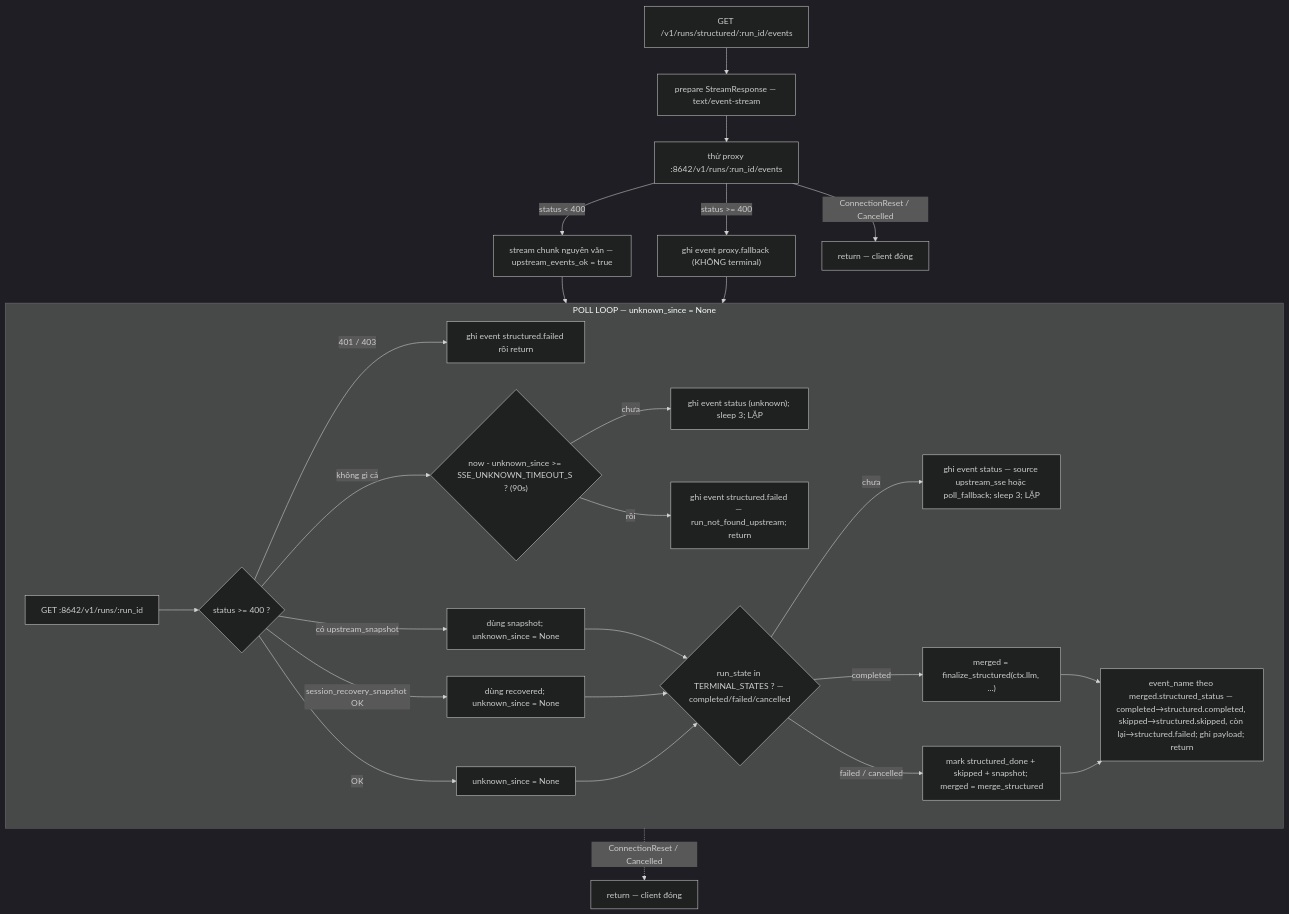
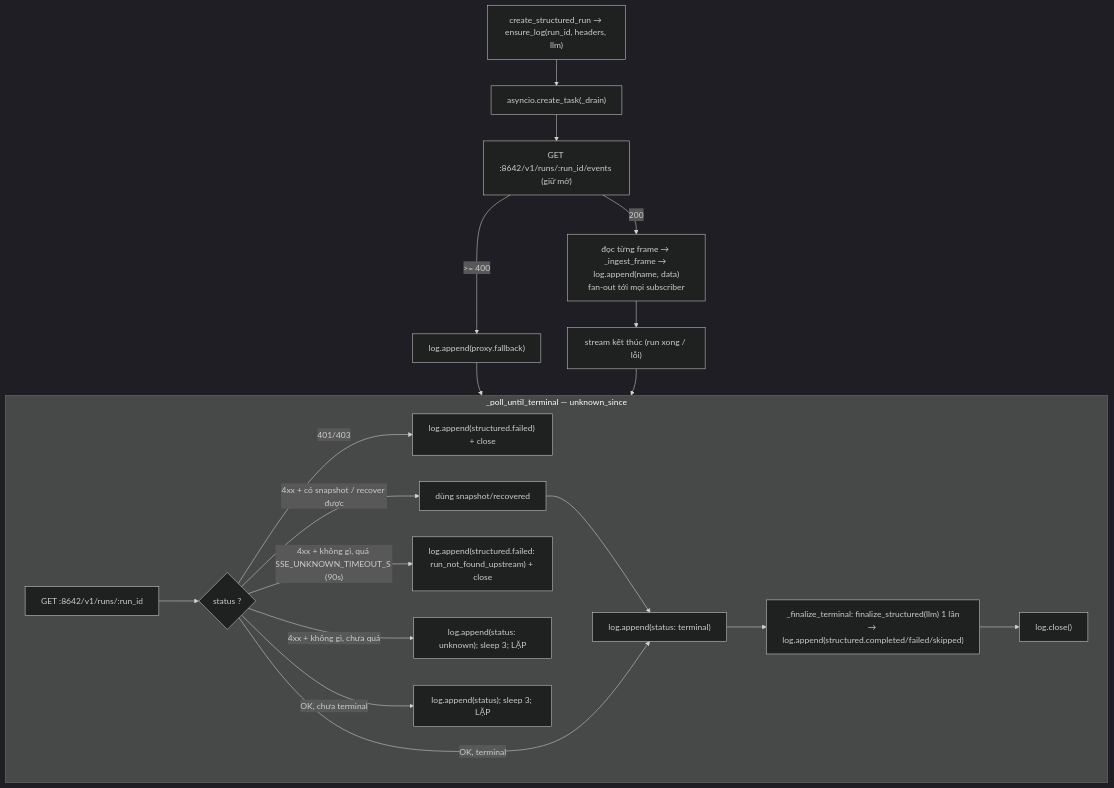
Before and after one commit to Agoobi/hermes-structured-runs-plugins: the seventh of 10 diagrams in docs/ARCHITECTURE.md, drawn with Mermaid (dark theme). The commit also changed other lines of this file and 7 other files, not shown here.

First line of the commit message:
Fix run events: buffer + fan-out so logs are actually retrievable

````diff
--- a/docs/ARCHITECTURE.md
+++ b/docs/ARCHITECTURE.md
@@ -411,35 +436,23 @@
 ```mermaid
 flowchart TD
-    START["GET /v1/runs/structured/:run_id/events"] --> PREP["prepare StreamResponse — text/event-stream"]
-    PREP --> PROXY["thử proxy :8642/v1/runs/:run_id/events"]
-    PROXY -- "status < 400" --> STREAM["stream chunk nguyên văn — upstream_events_ok = true"]
-    PROXY -- "status >= 400" --> FB["ghi event proxy.fallback (KHÔNG terminal)"]
-    PROXY -- "ConnectionReset / Cancelled" --> RET1["return — client đóng"]
+    C["create_structured_run → ensure_log(run_id, headers, llm)"] --> D0["asyncio.create_task(_drain)"]
+    D0 --> D1["GET :8642/v1/runs/:run_id/events (giữ mở)"]
+    D1 -- "200" --> D2["đọc từng frame → _ingest_frame → log.append(name, data)<br/>fan-out tới mọi subscriber"]
+    D1 -- ">= 400" --> D3["log.append(proxy.fallback)"]
+    D2 --> D4["stream kết thúc (run xong / lỗi)"]
+    D3 --> POLL
+    D4 --> POLL
 
-    STREAM --> LOOP
-    FB --> LOOP
-
-    subgraph LOOP["POLL LOOP — unknown_since = None"]
-        P1["GET :8642/v1/runs/:run_id"] --> P2{"status >= 400 ?"}
-        P2 -- "401 / 403" --> EF["ghi event structured.failed rồi return"]
-        P2 -- "có upstream_snapshot" --> USE1["dùng snapshot; unknown_since = None"]
-        P2 -- "session_recovery_snapshot OK" --> USE2["dùng recovered; unknown_since = None"]
-        P2 -- "không gì cả" --> GRACE{"now - unknown_since >= SSE_UNKNOWN_TIMEOUT_S ? (90s)"}
-        GRACE -- "chưa" --> UNK["ghi event status (unknown); sleep 3; LẶP"]
-        GRACE -- "rồi" --> EF2["ghi event structured.failed — run_not_found_upstream; return"]
-        P2 -- "OK" --> USE3["unknown_since = None"]
-
-        USE1 --> TERM
-        USE2 --> TERM
-        USE3 --> TERM
-        TERM{"run_state in TERMINAL_STATES ? — completed/failed/cancelled"}
-        TERM -- "chưa" --> STAT["ghi event status — source upstream_sse hoặc poll_fallback; sleep 3; LẶP"]
-        TERM -- "completed" --> FINCALL["merged = finalize_structured(ctx.llm, ...)"]
-        TERM -- "failed / cancelled" --> SKIPX["mark structured_done + skipped + snapshot; merged = merge_structured"]
-        FINCALL --> EMIT
-        SKIPX --> EMIT
-        EMIT["event_name theo merged.structured_status — completed→structured.completed, skipped→structured.skipped, còn lại→structured.failed; ghi payload; return"]
+    subgraph POLL["_poll_until_terminal — unknown_since"]
+        Q1["GET :8642/v1/runs/:run_id"] --> Q2{"status ?"}
+        Q2 -- "401/403" --> QF["log.append(structured.failed) + close"]
+        Q2 -- "4xx + có snapshot / recover được" --> QU["dùng snapshot/recovered"]
+        Q2 -- "4xx + không gì, quá SSE_UNKNOWN_TIMEOUT_S (90s)" --> QF2["log.append(structured.failed: run_not_found_upstream) + close"]
+        Q2 -- "4xx + không gì, chưa quá" --> QUNK["log.append(status: unknown); sleep 3; LẶP"]
+        Q2 -- "OK, chưa terminal" --> QST["log.append(status); sleep 3; LẶP"]
+        QU --> QT
+        Q2 -- "OK, terminal" --> QT
+        QT["log.append(status: terminal)"] --> QFIN["_finalize_terminal: finalize_structured(llm) 1 lần<br/>→ log.append(structured.completed/failed/skipped)"]
+        QFIN --> QC["log.close()"]
     end
-
-    LOOP -. "ConnectionReset / Cancelled" .-> RET2["return — client đóng"]
 ```
````
